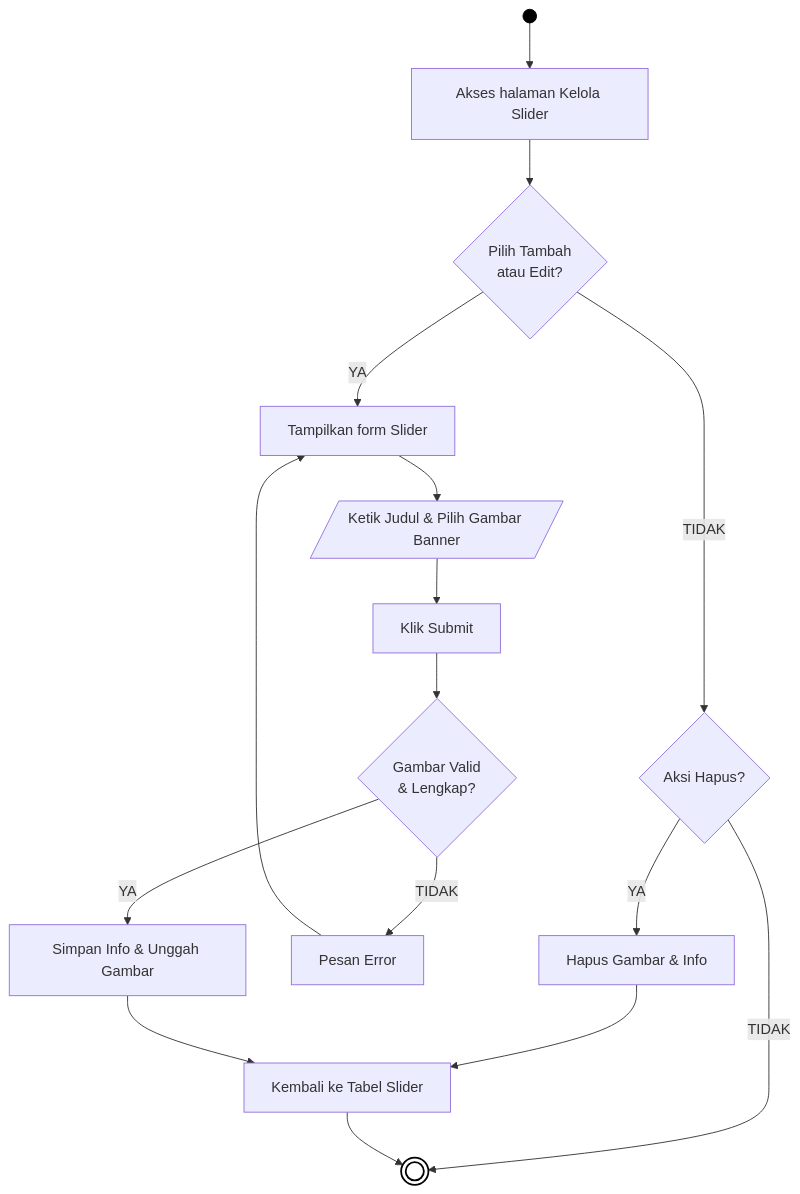
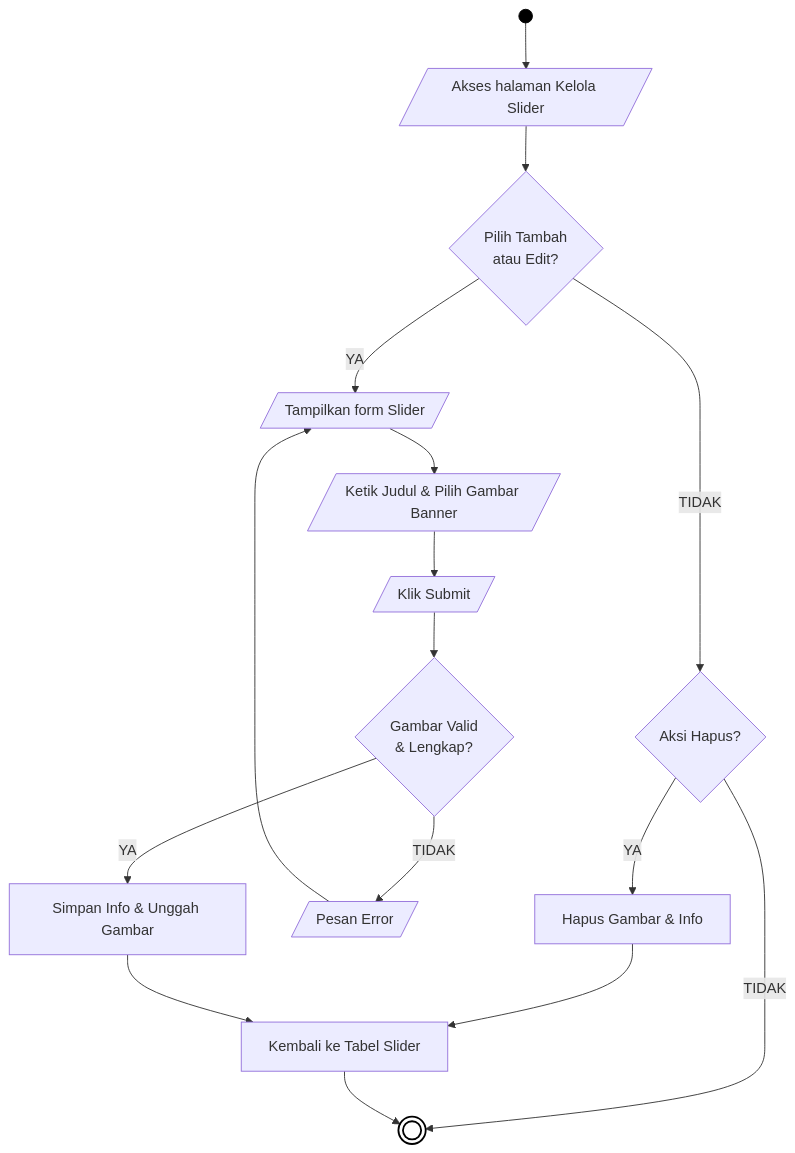
One commit to arbain-dev/Web_fikom changed the sixth of 21 diagrams in docs/01_DIAGRAM_AKTIVITAS.md. Above: the diagram before and after it, drawn with Mermaid. The commit also changed other lines of this file, not shown here.

````diff
--- a/docs/01_DIAGRAM_AKTIVITAS.md
+++ b/docs/01_DIAGRAM_AKTIVITAS.md
@@ -179,26 +179,26 @@
 ```mermaid
 flowchart TD
-    Start(( )) --> A[Akses halaman Kelola Slider]
+    Start(( )) --> A[/Akses halaman Kelola Slider/]
     
     A --> B{Pilih Tambah\natau Edit?}
     
     B -- TIDAK --> Hapus{Aksi Hapus?}
     Hapus -- YA --> HC[Hapus Gambar & Info]
     Hapus -- TIDAK --> End((( )))
     HC --> I[Kembali ke Tabel Slider]
     
-    B -- YA --> C[Tampilkan form Slider]
+    B -- YA --> C[/Tampilkan form Slider/]
     C --> D[/Ketik Judul & Pilih Gambar Banner/]
-    D --> E[Klik Submit]
+    D --> E[/Klik Submit/]
     
     E --> F{Gambar Valid\n& Lengkap?}
-    F -- TIDAK --> G[Pesan Error]
+    F -- TIDAK --> G[/Pesan Error/]
     G --> C
     
     F -- YA --> H[Simpan Info & Unggah Gambar]
     H --> I
     I --> End
     
     style Start fill:#000,stroke:#000,color:#000
     style End fill:#fff,stroke:#000,stroke-width:2px
 ```
````
